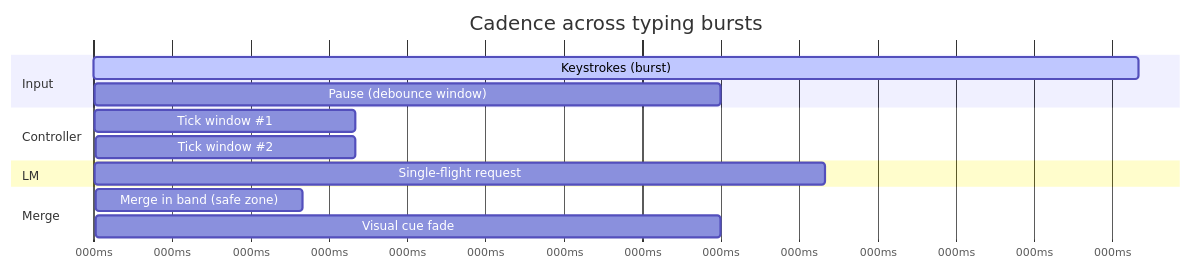
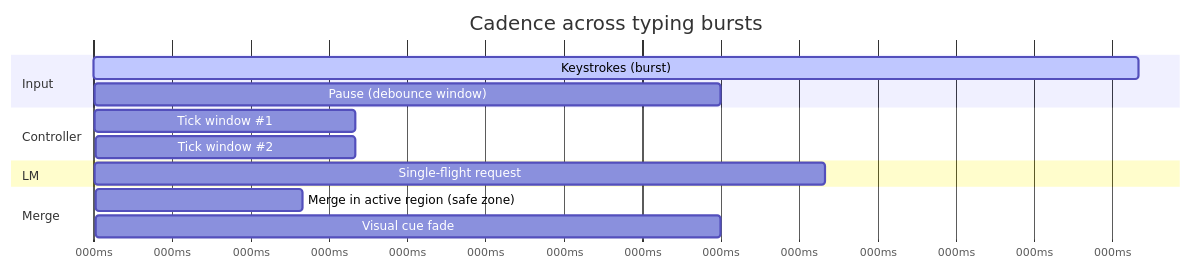
The fourth of 5 diagrams in docs/06-guides/typing-lm-correction/README.md (becktothefuture/MindType), drawn with Mermaid before and after one commit. The commit also changed other lines of this file and 90 other files, not shown here.

Commit message:
docs(core): unify active-region=20 words; add grapheme-safe mapping; ARIA live-region specifics; Rust-first traceability; SPEC stubs + doc:sync

````diff
--- a/docs/06-guides/typing-lm-correction/README.md
+++ b/docs/06-guides/typing-lm-correction/README.md
@@ -133,17 +133,17 @@
 ```mermaid
 gantt
     title Cadence across typing bursts
     dateFormat  X
     axisFormat  %Lms
     section Input
     Keystrokes (burst)          :active, 0, 200
     Pause (debounce window)     : 200, 120
     section Controller
     Tick window #1              : 260, 50
     Tick window #2              : 350, 50
     section LM
     Single-flight request       : 265, 140
     section Merge
-    Merge in band (safe zone)   : 410, 40
+    Merge in active region (safe zone)   : 410, 40
     Visual cue fade             : 450, 120
 ```
````
